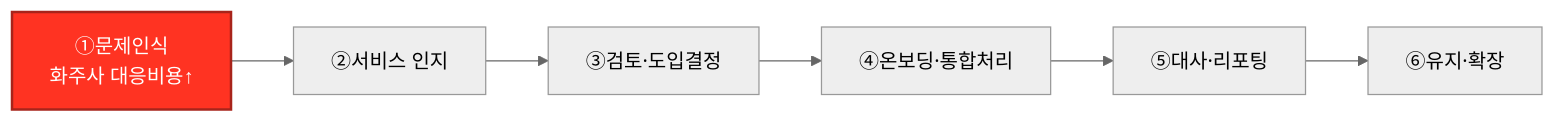
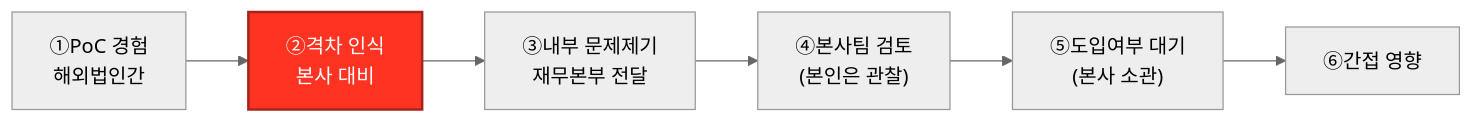
The second of 4 diagrams in 05_페르소나_고객여정지도/02_고객여정지도.md (jennie-brain/business-analysis-frameworks), drawn with Mermaid (neutral theme) before and after one commit. The commit also changed other lines of this file and 3 other files, not shown here.

````diff
--- a/05_페르소나_고객여정지도/02_고객여정지도.md
+++ b/05_페르소나_고객여정지도/02_고객여정지도.md
@@ -35,5 +37,5 @@
 ```mermaid
 flowchart LR
-    S1["①문제인식<br/>화주사 대응비용↑"] --> S2["②서비스 인지"] --> S3["③검토·도입결정"] --> S4["④온보딩·통합처리"] --> S5["⑤대사·리포팅"] --> S6["⑥유지·확장"]
-    style S1 fill:#FF3322,stroke:#a8241b,color:#ffffff,stroke-width:2px
+    S1["①PoC 경험<br/>해외법인간"] --> S2["②격차 인식<br/>본사 대비"] --> S3["③내부 문제제기<br/>재무본부 전달"] --> S4["④본사팀 검토<br/>(본인은 관찰)"] --> S5["⑤도입여부 대기<br/>(본사 소관)"] --> S6["⑥간접 영향"]
+    style S2 fill:#FF3322,stroke:#a8241b,color:#ffffff,stroke-width:2px
 ```
````
